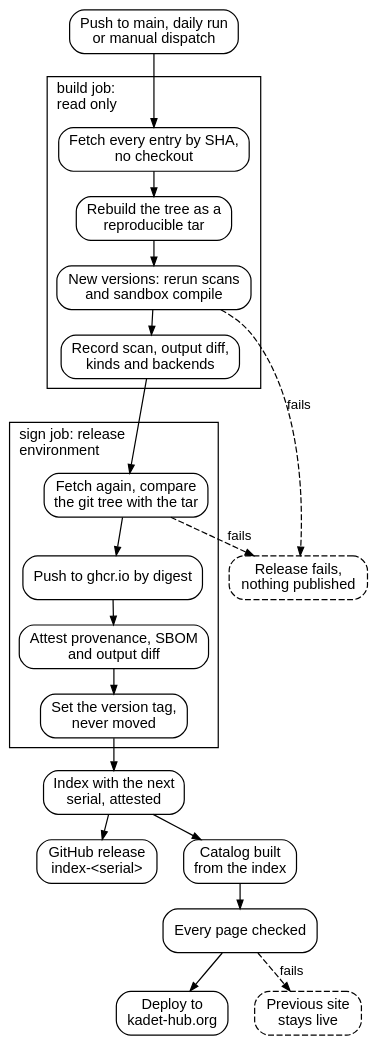
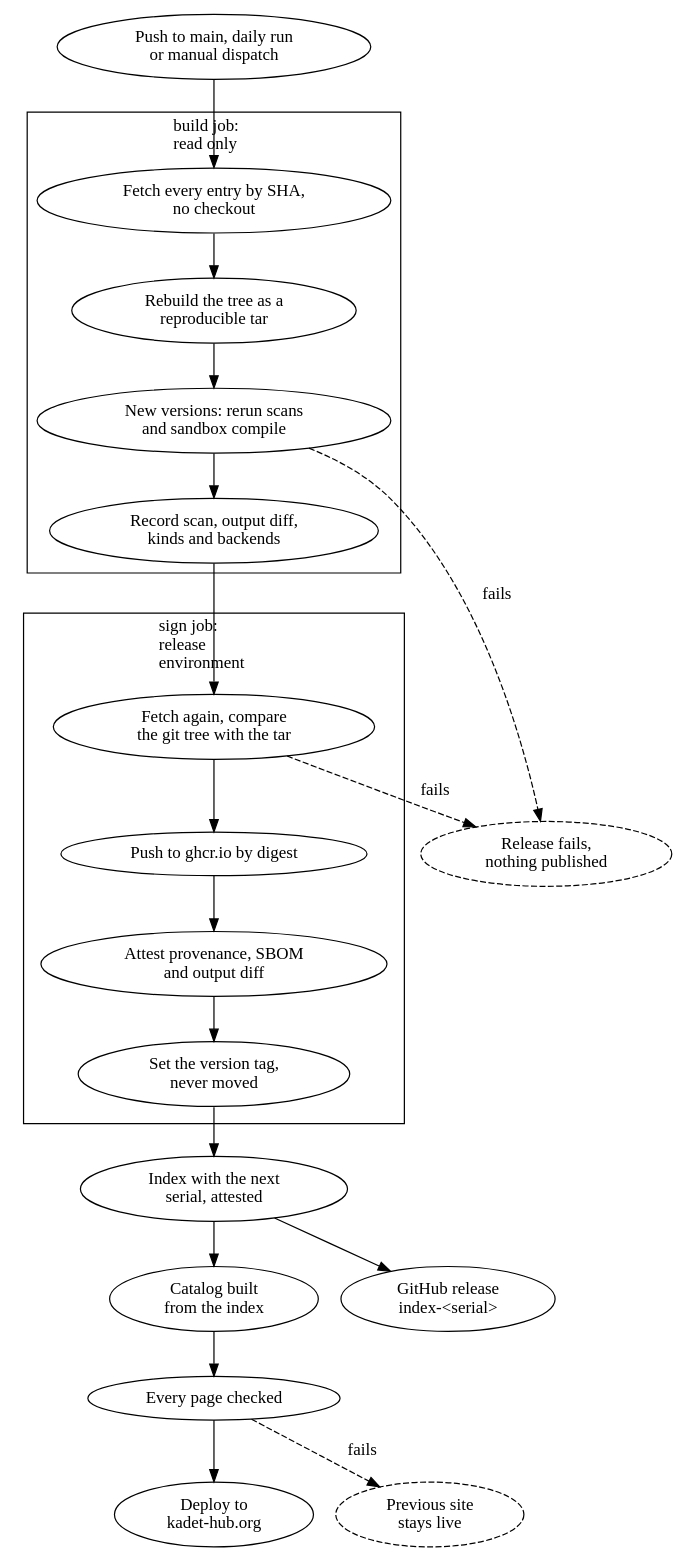
The diagram in catalog/site/assets/diagrams/release.dot (kadet-hub/registry), drawn with Graphviz before and after one commit. The commit also changed 39 other files, not shown here.

First line of the commit message:
feat(catalog): Harbour head bands, spot drawings and diagrams on the inner pages

```diff
--- a/catalog/site/assets/diagrams/release.dot
+++ b/catalog/site/assets/diagrams/release.dot
@@ -1,44 +1,39 @@
-// CAT-35: publishing a release. Rendered with Graphviz 14.1.4; ./render regenerates release.svg.
+// CAT-35: publishing a release. Rendered with Graphviz 16.1.1; ./render sets the look the six diagrams share and regenerates release.svg.
 digraph release {
-  bgcolor=transparent; nodesep=0.3; ranksep=0.28;
-  fontname="Helvetica,Arial,sans-serif"; fontsize=12; labeljust=l;
-  node [shape=box style=rounded fontname="Helvetica,Arial,sans-serif" fontsize=12 margin="0.12,0.05"];
-  edge [fontname="Helvetica,Arial,sans-serif" fontsize=11 arrowsize=0.7];
-
+  node [group="flow"];
   trigger [label="Push to main, daily run\nor manual dispatch"];
 
   subgraph cluster_build {
     label="build job:\lread only\l";
     fetch [label="Fetch every entry by SHA,\nno checkout"];
     tar [label="Rebuild the tree as a\nreproducible tar"];
     recheck [label="New versions: rerun scans\nand sandbox compile"];
     record [label="Record scan, output diff,\nkinds and backends"];
     fetch -> tar -> recheck -> record;
   }
   trigger -> fetch;
 
   subgraph cluster_sign {
-    label="sign job: release\lenvironment\l";
+    label="sign job:\lrelease\lenvironment\l"; margin=14;
     compare [label="Fetch again, compare\nthe git tree with the tar"];
     push [label="Push to ghcr.io by digest"];
-    attest [label="Attest provenance, SBOM\nand output diff"];
+    attest [label="Attest provenance, SBOM\nand output diff" class="ok"];
     vtag [label="Set the version tag,\nnever moved"];
     compare -> push -> attest -> vtag;
   }
   record -> compare;
 
-  stop [label="Release fails,\nnothing published" class="fail" style="rounded,dashed"];
-  recheck -> stop [label="fails" class="fail" style=dashed];
-  compare -> stop [label="fails" class="fail" style=dashed];
+  stop [label="Release fails,\nnothing published" group="" class="fail" style="rounded,dashed"];
+  recheck -> stop [label="   fails   " class="fail" style=dashed];
+  compare -> stop [label="   fails   " class="fail" style=dashed];
 
-  index [label="Index with the next\nserial, attested"];
-  ghrelease [label="GitHub release\nindex-<serial>"];
-  vtag -> index -> ghrelease;
-
+  index [label="Index with the next\nserial, attested" class="ok"];
   catalog [label="Catalog built\nfrom the index"];
   check [label="Every page checked"];
   pages [label="Deploy to\nkadet-hub.org"];
-  index -> catalog -> check -> pages;
-  old [label="Previous site\nstays live" class="fail" style="rounded,dashed"];
-  check -> old [label="fails" class="fail" style=dashed];
+  vtag -> index -> catalog -> check -> pages;
+  ghrelease [label="GitHub release\nindex-<serial>" group=""];
+  index -> ghrelease;
+  old [label="Previous site\nstays live" group="" class="fail" style="rounded,dashed"];
+  check -> old [label="   fails   " class="fail" style=dashed];
 }
```
